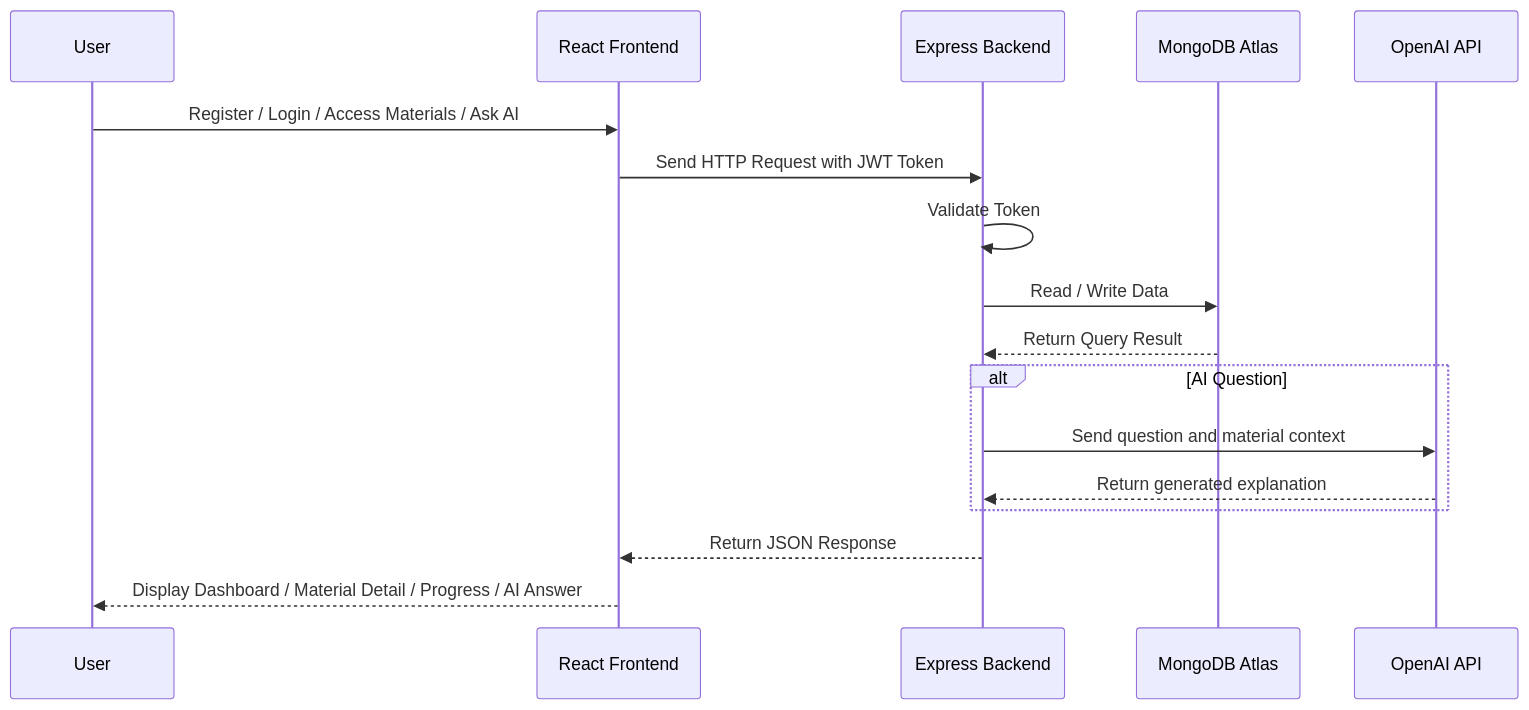
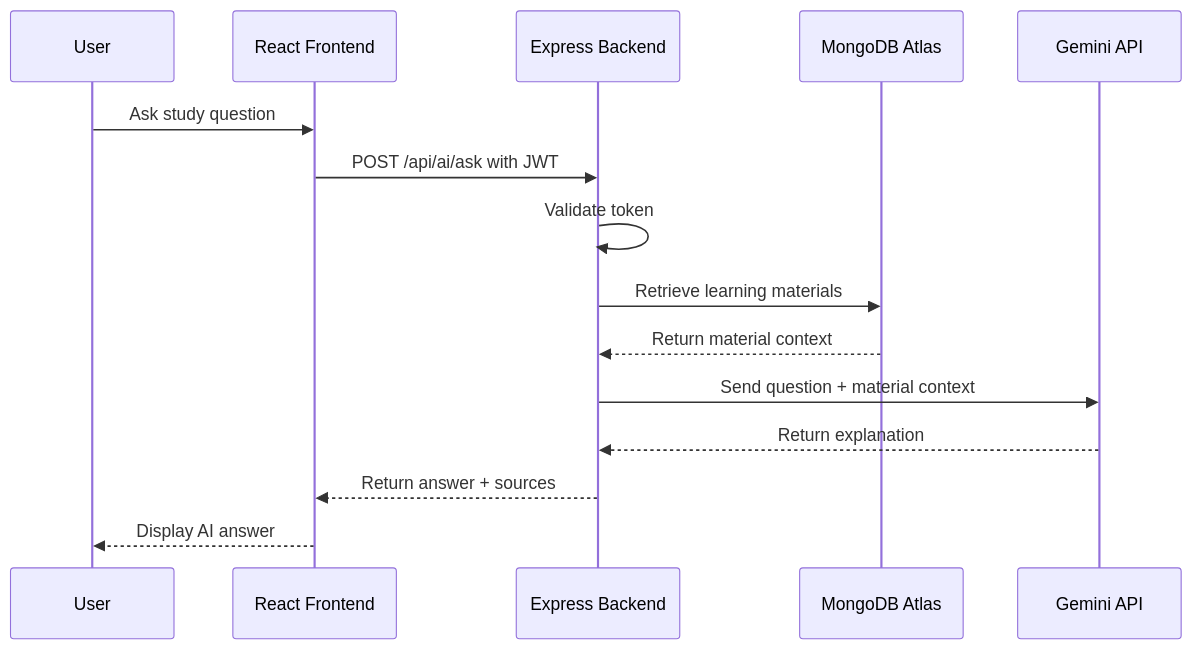
One commit to theo00000/learning-support-platform changed the second of 3 diagrams in readme.md. Above: the diagram before and after it, drawn with Mermaid. The commit also changed other lines of this file, not shown here.

First line of the commit message:
Revise README for clarity and detail

````diff
--- a/readme.md
+++ b/readme.md
@@ -260,20 +158,18 @@
 ```mermaid
 sequenceDiagram
     participant User
     participant Frontend as React Frontend
-    participant API as Express Backend
+    participant Backend as Express Backend
     participant DB as MongoDB Atlas
-    participant AI as OpenAI API
+    participant AI as Gemini API
 
-    User->>Frontend: Register / Login / Access Materials / Ask AI
-    Frontend->>API: Send HTTP Request with JWT Token
-    API->>API: Validate Token
-    API->>DB: Read / Write Data
-    DB-->>API: Return Query Result
-    alt AI Question
-        API->>AI: Send question and material context
-        AI-->>API: Return generated explanation
-    end
-    API-->>Frontend: Return JSON Response
-    Frontend-->>User: Display Dashboard / Material Detail / Progress / AI Answer
+    User->>Frontend: Ask study question
+    Frontend->>Backend: POST /api/ai/ask with JWT
+    Backend->>Backend: Validate token
+    Backend->>DB: Retrieve learning materials
+    DB-->>Backend: Return material context
+    Backend->>AI: Send question + material context
+    AI-->>Backend: Return explanation
+    Backend-->>Frontend: Return answer + sources
+    Frontend-->>User: Display AI answer
 ```
````
